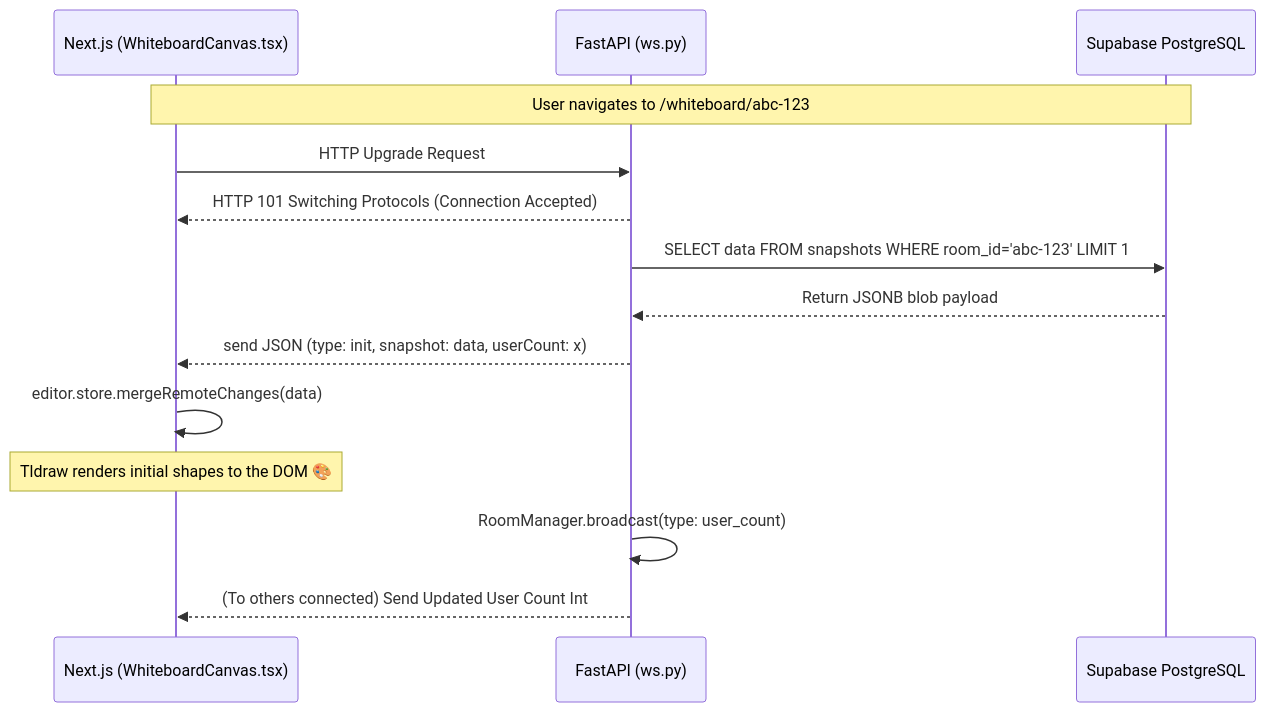
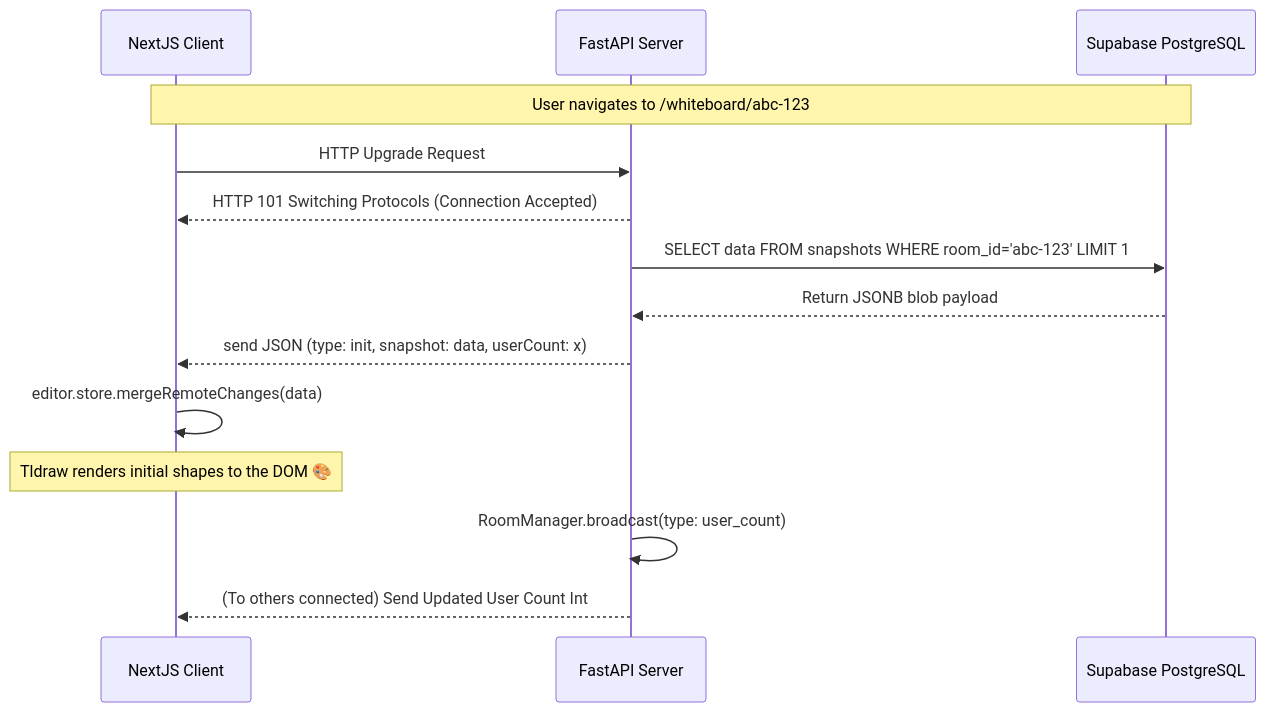
One commit to alexli8408/CoWhiteboard changed the second of 3 diagrams in devlog.md. Above: the diagram before and after it, drawn with Mermaid. The commit also changed other lines of this file, not shown here.

Commit message:
fix: resolve mermaid sequence diagram syntax errors again

````diff
--- a/devlog.md
+++ b/devlog.md
@@ -181,22 +181,22 @@
 ```mermaid
 sequenceDiagram
-    participant User as Next.js (WhiteboardCanvas.tsx)
-    participant WS as FastAPI (ws.py)
+    participant User as NextJS Client
+    participant WS as FastAPI Server
     participant DB as Supabase PostgreSQL
 
     Note over User,DB: User navigates to /whiteboard/abc-123
 
     User->>WS: HTTP Upgrade Request
     WS-->>User: HTTP 101 Switching Protocols (Connection Accepted)
 
     WS->>DB: SELECT data FROM snapshots WHERE room_id='abc-123' LIMIT 1
     DB-->>WS: Return JSONB blob payload
 
     WS-->>User: send JSON (type: init, snapshot: data, userCount: x)
 
     User->>User: editor.store.mergeRemoteChanges(data)
     Note over User: Tldraw renders initial shapes to the DOM 🎨
 
     WS->>WS: RoomManager.broadcast(type: user_count)
     WS-->>User: (To others connected) Send Updated User Count Int
 ```
````
